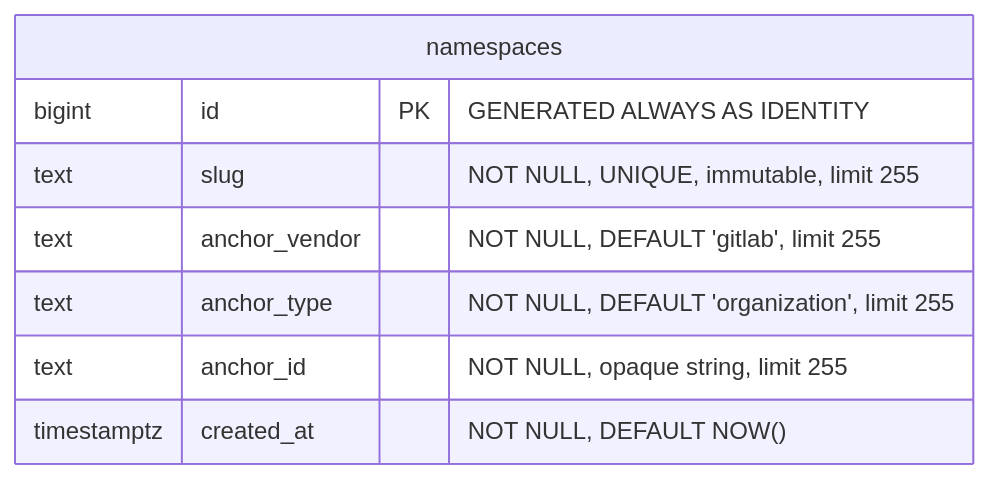
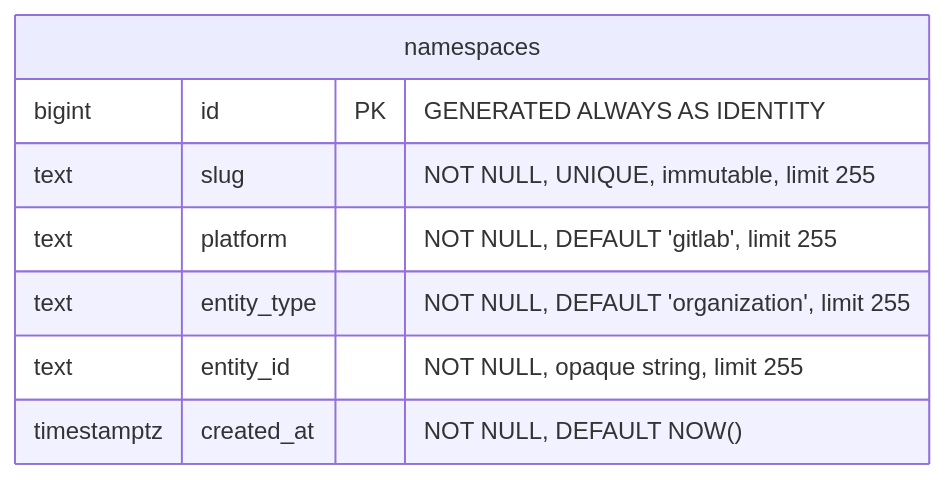
The first of 17 diagrams in content/handbook/engineering/architecture/design-documents/artifact_registry/decisions/007_database_schema.md (kyama0/gitlab-handbook-ja), drawn with Mermaid before and after one commit. The commit also changed other lines of this file and 10 other files, not shown here.

Commit message:
translation: update 10 modified engineering architecture artifact_registry + ai editor-extensions files

````diff
--- a/content/handbook/engineering/architecture/design-documents/artifact_registry/decisions/007_database_schema.md
+++ b/content/handbook/engineering/architecture/design-documents/artifact_registry/decisions/007_database_schema.md
@@ -49,11 +49,11 @@
 ```mermaid
 erDiagram
     namespaces {
         bigint id PK "GENERATED ALWAYS AS IDENTITY"
         text slug "NOT NULL, UNIQUE, immutable, limit 255"
-        text anchor_vendor "NOT NULL, DEFAULT 'gitlab', limit 255"
-        text anchor_type "NOT NULL, DEFAULT 'organization', limit 255"
-        text anchor_id "NOT NULL, opaque string, limit 255"
+        text platform "NOT NULL, DEFAULT 'gitlab', limit 255"
+        text entity_type "NOT NULL, DEFAULT 'organization', limit 255"
+        text entity_id "NOT NULL, opaque string, limit 255"
         timestamptz created_at "NOT NULL, DEFAULT NOW()"
     }
 ```
````
